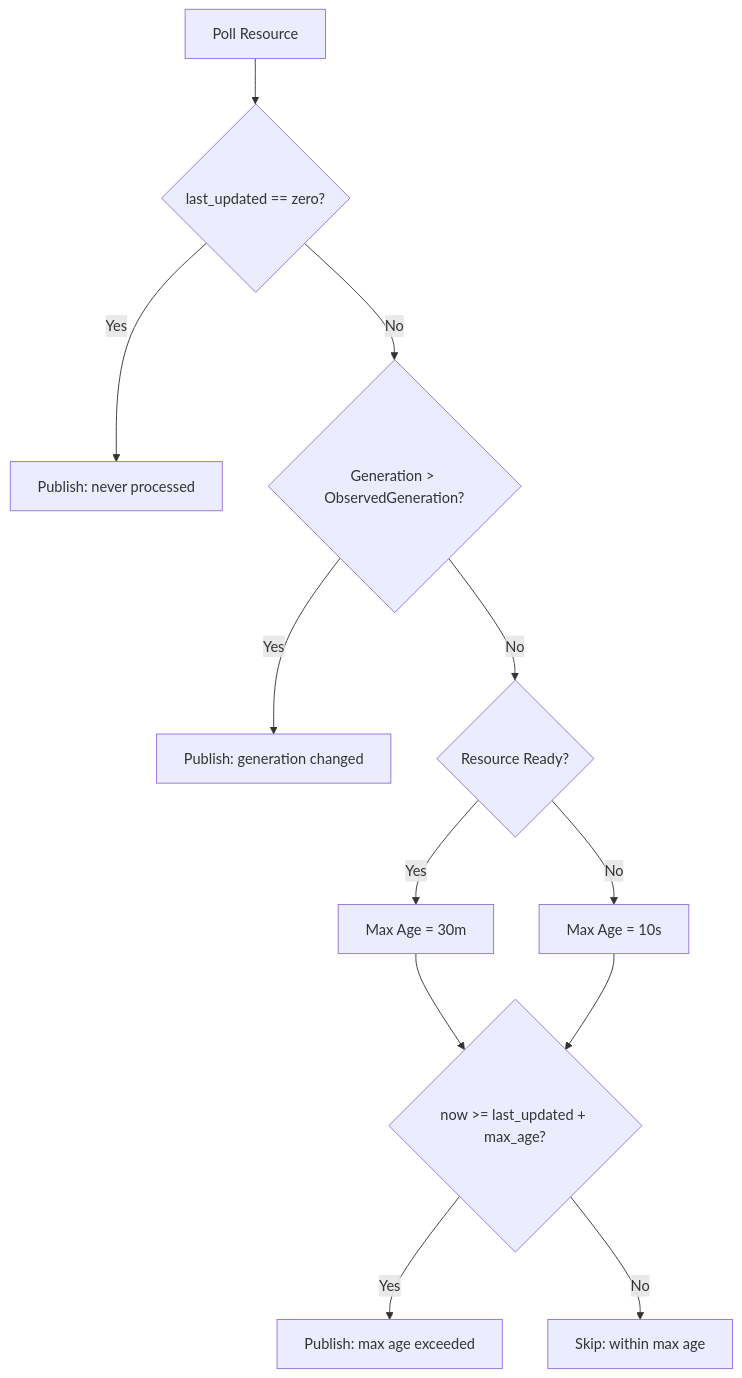
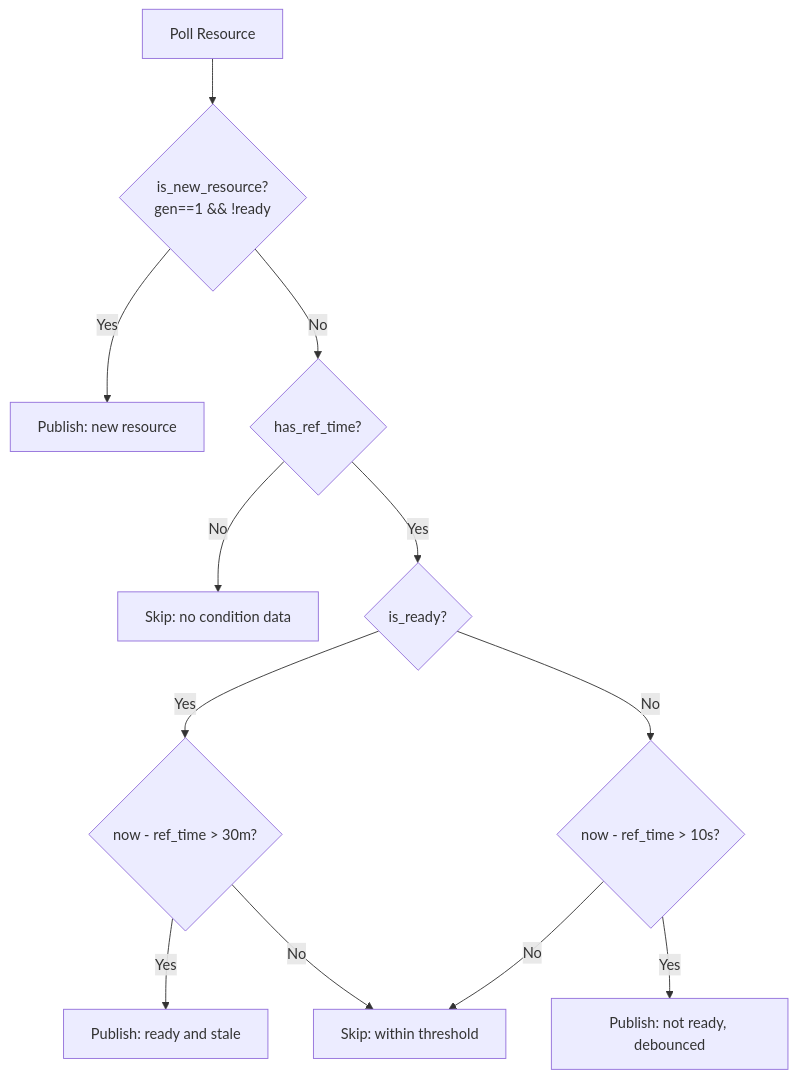
One commit to openshift-hyperfleet/hyperfleet-sentinel changed the second of 3 diagrams in docs/sentinel-operator-guide.md. Above: the diagram before and after it, drawn with Mermaid. The commit also changed other lines of this file and 27 other files, not shown here.

First line of the commit message:
HYPERFLEET-537 - feat: replace hardcoded max_age with configurable CEL-based decision engine

````diff
--- a/docs/sentinel-operator-guide.md
+++ b/docs/sentinel-operator-guide.md
@@ -171,14 +170,14 @@
 ```mermaid
 graph TD
-    START[Poll Resource] --> CHECK1{last_updated == zero?}
-    CHECK1 -->|Yes| PUB1[Publish: never processed]
-    CHECK1 -->|No| CHECK2{Generation > ObservedGeneration?}
-    CHECK2 -->|Yes| PUB2[Publish: generation changed]
-    CHECK2 -->|No| CHECK3{Resource Ready?}
-    CHECK3 -->|Yes| AGE1[Max Age = 30m]
-    CHECK3 -->|No| AGE2[Max Age = 10s]
-    AGE1 --> CHECK4{now >= last_updated + max_age?}
-    AGE2 --> CHECK4
-    CHECK4 -->|Yes| PUB3[Publish: max age exceeded]
-    CHECK4 -->|No| SKIP[Skip: within max age]
+    START[Poll Resource] --> CHECK1{is_new_resource?<br>gen==1 && !ready}
+    CHECK1 -->|Yes| PUB1[Publish: new resource]
+    CHECK1 -->|No| CHECK2{has_ref_time?}
+    CHECK2 -->|No| SKIP[Skip: no condition data]
+    CHECK2 -->|Yes| CHECK3{is_ready?}
+    CHECK3 -->|Yes| CHECK4{"now - ref_time > 30m?"}
+    CHECK3 -->|No| CHECK5{"now - ref_time > 10s?"}
+    CHECK4 -->|Yes| PUB2[Publish: ready and stale]
+    CHECK4 -->|No| SKIP2[Skip: within threshold]
+    CHECK5 -->|Yes| PUB3[Publish: not ready, debounced]
+    CHECK5 -->|No| SKIP2
 ```
````
